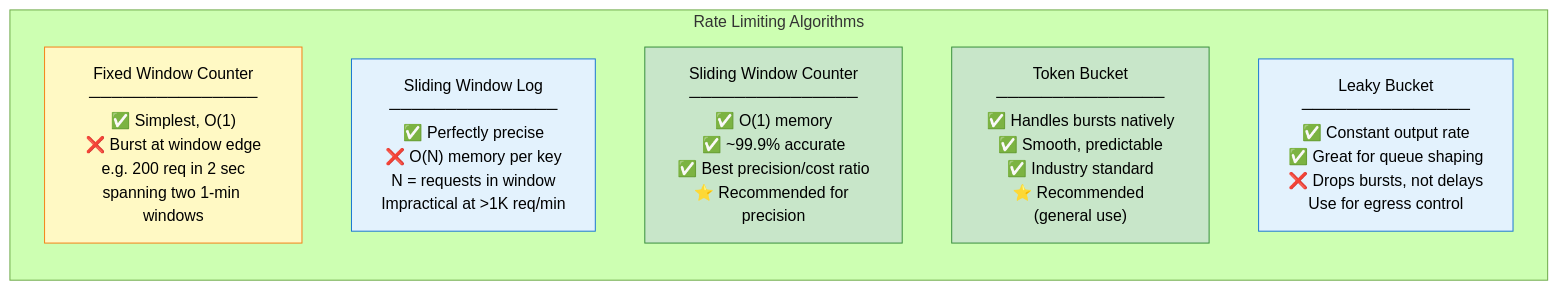
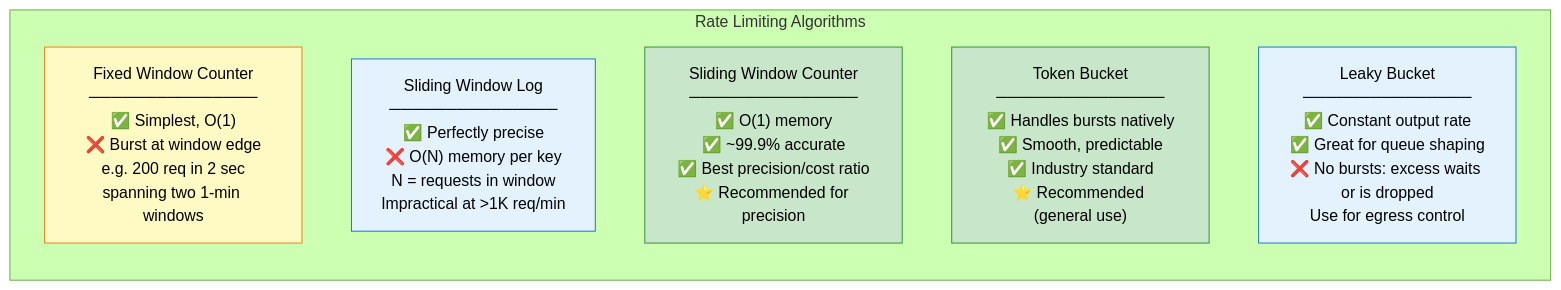
One commit to Ankan1998/learn-system-design changed the second of 4 diagrams in Bonus-Real-World-Architectures/03-Rate-Limiter/README.md. Above: the diagram before and after it, drawn with Mermaid (forest theme). The commit also changed other lines of this file and 139 other files, not shown here.

````diff
--- a/Bonus-Real-World-Architectures/03-Rate-Limiter/README.md
+++ b/Bonus-Real-World-Architectures/03-Rate-Limiter/README.md
@@ -300,24 +302,24 @@
 ```mermaid
 flowchart LR
     subgraph Algorithms["Rate Limiting Algorithms"]
         direction TB
 
         FW["Fixed Window Counter<br/>───────────────<br/>✅ Simplest, O(1)<br/>❌ Burst at window edge<br/>e.g. 200 req in 2 sec<br/>spanning two 1-min windows"]
 
         SWL["Sliding Window Log<br/>───────────────<br/>✅ Perfectly precise<br/>❌ O(N) memory per key<br/>N = requests in window<br/>Impractical at >1K req/min"]
 
         SWC["Sliding Window Counter<br/>───────────────<br/>✅ O(1) memory<br/>✅ ~99.9% accurate<br/>✅ Best precision/cost ratio<br/>⭐ Recommended for precision"]
 
         TB["Token Bucket<br/>───────────────<br/>✅ Handles bursts natively<br/>✅ Smooth, predictable<br/>✅ Industry standard<br/>⭐ Recommended (general use)"]
 
-        LB["Leaky Bucket<br/>───────────────<br/>✅ Constant output rate<br/>✅ Great for queue shaping<br/>❌ Drops bursts, not delays<br/>Use for egress control"]
+        LB["Leaky Bucket<br/>───────────────<br/>✅ Constant output rate<br/>✅ Great for queue shaping<br/>❌ No bursts: excess waits or is dropped<br/>Use for egress control"]
     end
 
     classDef rec fill:#c8e6c9,color:#000,stroke:#388e3c
     classDef ok fill:#e3f2fd,color:#000,stroke:#1976d2
     classDef warn fill:#fff9c4,color:#000,stroke:#f57f17
 
     class TB,SWC rec
     class SWL,LB ok
     class FW warn
 ```
````
